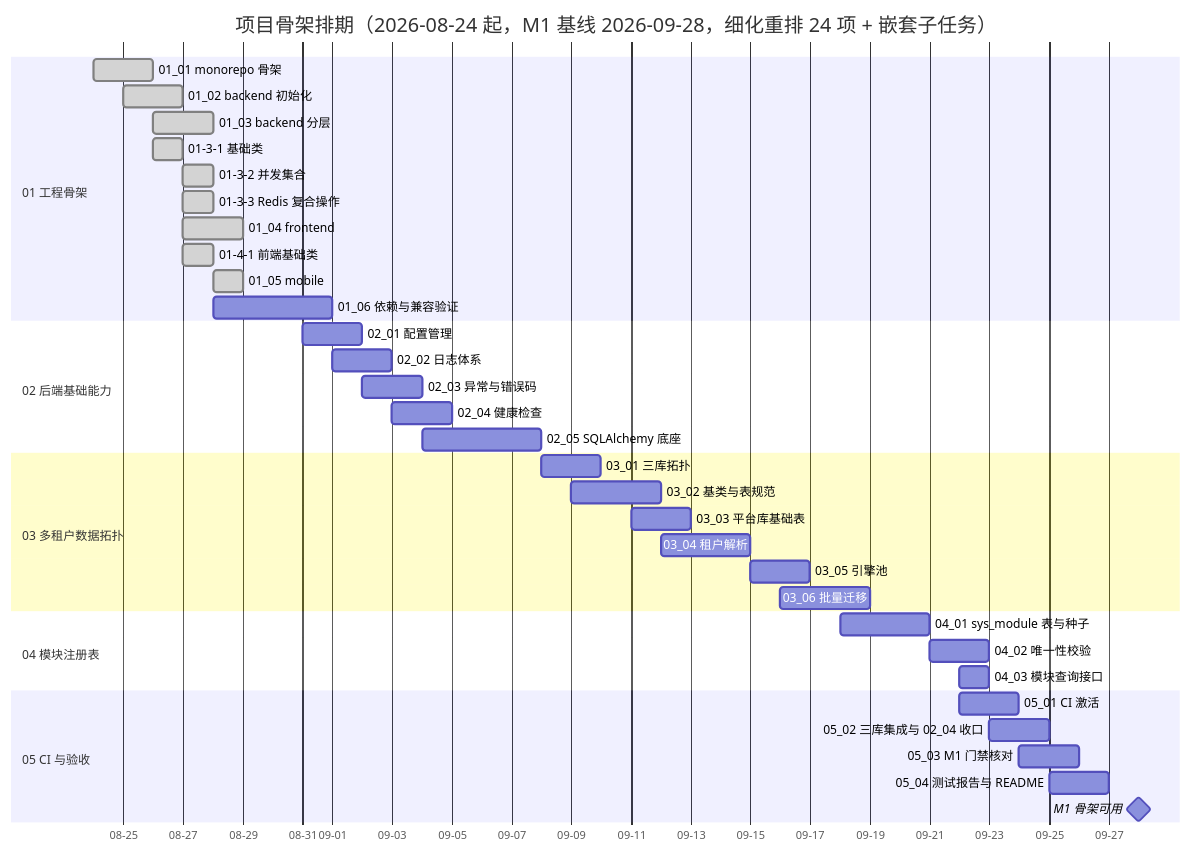
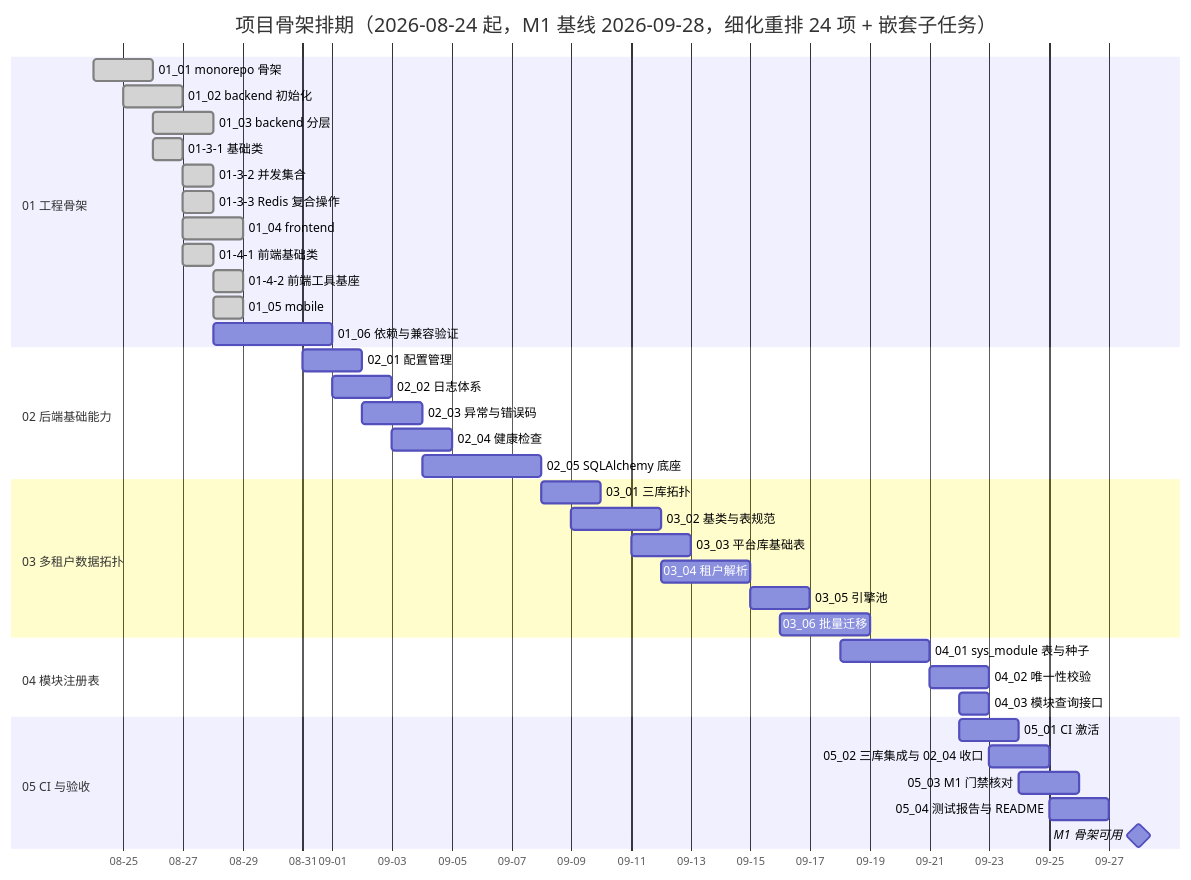
The diagram in bms文档/项目/01_项目骨架/计划/01_计划_项目骨架.md (minjian123/basic-management-system), drawn with Mermaid before and after one commit. The commit also changed other lines of this file and 8 other files, not shown here.

````diff
--- a/bms文档/项目/01_项目骨架/计划/01_计划_项目骨架.md
+++ b/bms文档/项目/01_项目骨架/计划/01_计划_项目骨架.md
@@ -59,40 +59,41 @@
 ```mermaid
 gantt
     title 项目骨架排期（2026-08-24 起，M1 基线 2026-09-28，细化重排 24 项 + 嵌套子任务）
     dateFormat YYYY-MM-DD
     axisFormat %m-%d
     section 01 工程骨架
     01_01 monorepo 骨架 :done, a11, 2026-08-24, 2d
     01_02 backend 初始化 :done, a12, 2026-08-25, 2d
     01_03 backend 分层 :done, a13, 2026-08-26, 2d
     01-3-1 基础类 :done, a131, 2026-08-26, 1d
     01-3-2 并发集合 :done, a132, 2026-08-27, 1d
     01-3-3 Redis 复合操作 :done, a133, 2026-08-27, 1d
     01_04 frontend :done, a14, 2026-08-27, 2d
     01-4-1 前端基础类 :done, a141, 2026-08-27, 1d
+    01-4-2 前端工具基座 :done, a142, 2026-08-28, 1d
     01_05 mobile :done, a15, 2026-08-28, 1d
     01_06 依赖与兼容验证 :a16, 2026-08-28, 4d
     section 02 后端基础能力
     02_01 配置管理 :a21, 2026-08-31, 2d
     02_02 日志体系 :a22, 2026-09-01, 2d
     02_03 异常与错误码 :a23, 2026-09-02, 2d
     02_04 健康检查 :a24, 2026-09-03, 2d
     02_05 SQLAlchemy 底座 :a25, 2026-09-04, 4d
     section 03 多租户数据拓扑
     03_01 三库拓扑 :a31, 2026-09-08, 2d
     03_02 基类与表规范 :a32, 2026-09-09, 3d
     03_03 平台库基础表 :a33, 2026-09-11, 2d
     03_04 租户解析 :a34, 2026-09-12, 3d
     03_05 引擎池 :a35, 2026-09-15, 2d
     03_06 批量迁移 :a36, 2026-09-16, 3d
     section 04 模块注册表
     04_01 sys_module 表与种子 :a41, 2026-09-18, 3d
     04_02 唯一性校验 :a42, 2026-09-21, 2d
     04_03 模块查询接口 :a43, 2026-09-22, 1d
     section 05 CI 与验收
     05_01 CI 激活 :a51, 2026-09-22, 2d
     05_02 三库集成与 02_04 收口 :a52, 2026-09-23, 2d
     05_03 M1 门禁核对 :a53, 2026-09-24, 2d
     05_04 测试报告与 README :a54, 2026-09-25, 2d
     M1 骨架可用 :milestone, m1, 2026-09-28, 0d
 ```
````
